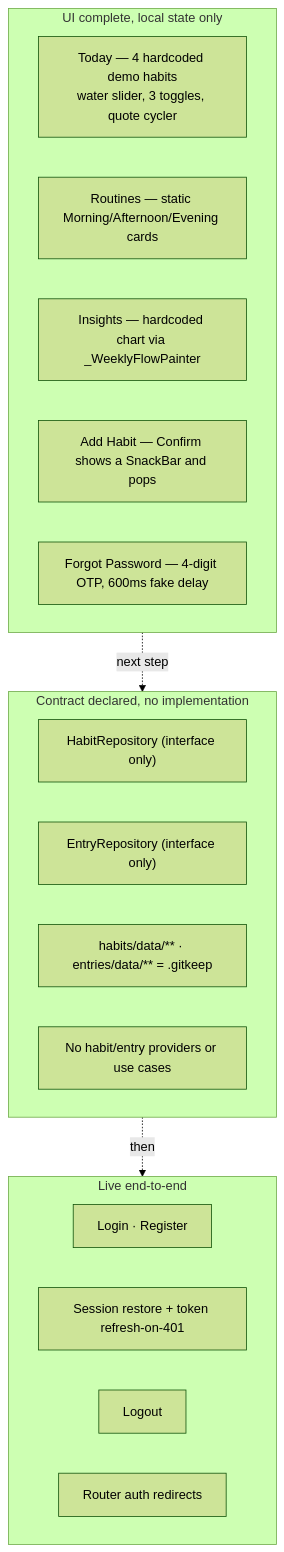
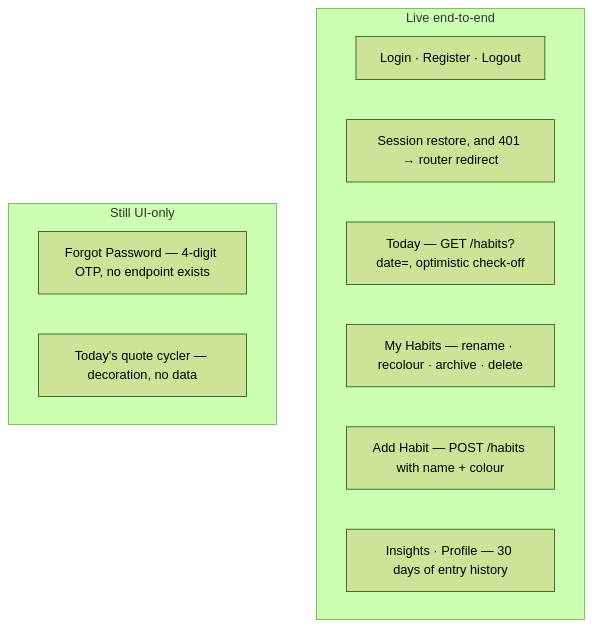
Before and after one commit to DuyNguyenlk22/one_percent: the tenth of 10 diagrams in docs/APP_FLOW.md, drawn with Mermaid (forest theme). The commit also changed other lines of this file, not shown here.

First line of the commit message:
docs: update APP_FLOW for the wired habit screens

````diff
--- a/docs/APP_FLOW.md
+++ b/docs/APP_FLOW.md
@@ -365,23 +365,15 @@
 ```mermaid
 flowchart TD
     subgraph Live["Live end-to-end"]
-        A1["Login · Register"]
-        A2["Session restore + token refresh-on-401"]
-        A3["Logout"]
-        A4["Router auth redirects"]
+        A1["Login · Register · Logout"]
+        A2["Session restore, and 401 → router redirect"]
+        A3["Today — GET /habits?date=, optimistic check-off"]
+        A4["My Habits — rename · recolour · archive · delete"]
+        A5["Add Habit — POST /habits with name + colour"]
+        A6["Insights · Profile — 30 days of entry history"]
     end
-    subgraph Local["UI complete, local state only"]
-        B1["Today — 4 hardcoded demo habits<br/>water slider, 3 toggles, quote cycler"]
-        B2["Routines — static Morning/Afternoon/Evening cards"]
-        B3["Insights — hardcoded chart via _WeeklyFlowPainter"]
-        B4["Add Habit — Confirm shows a SnackBar and pops"]
-        B5["Forgot Password — 4-digit OTP, 600ms fake delay"]
+    subgraph Local["Still UI-only"]
+        B1["Forgot Password — 4-digit OTP, no endpoint exists"]
+        B2["Today's quote cycler — decoration, no data"]
     end
-    subgraph Missing["Contract declared, no implementation"]
-        C1["HabitRepository (interface only)"]
-        C2["EntryRepository (interface only)"]
-        C3["habits/data/** · entries/data/** = .gitkeep"]
-        C4["No habit/entry providers or use cases"]
-    end
-    Local -.->|"next step"| Missing -.->|"then"| Live
 ```
````
